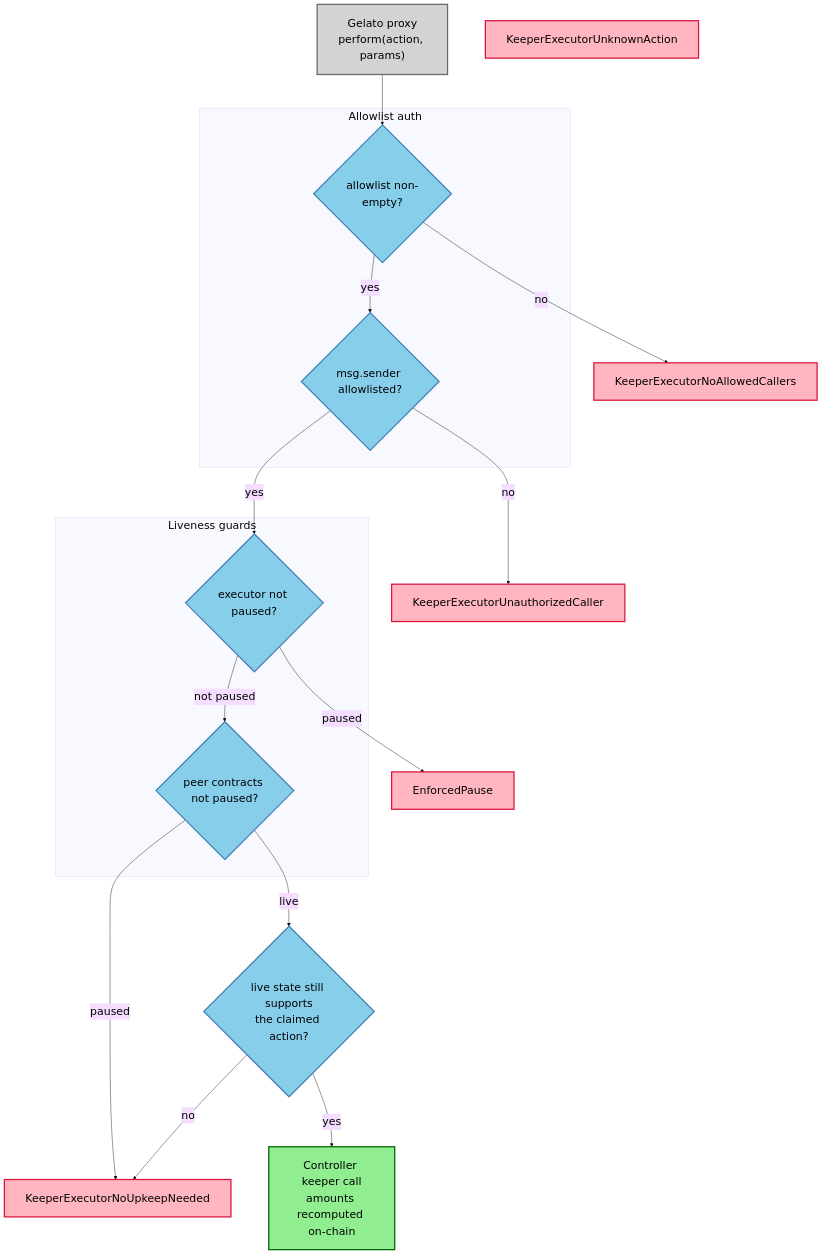
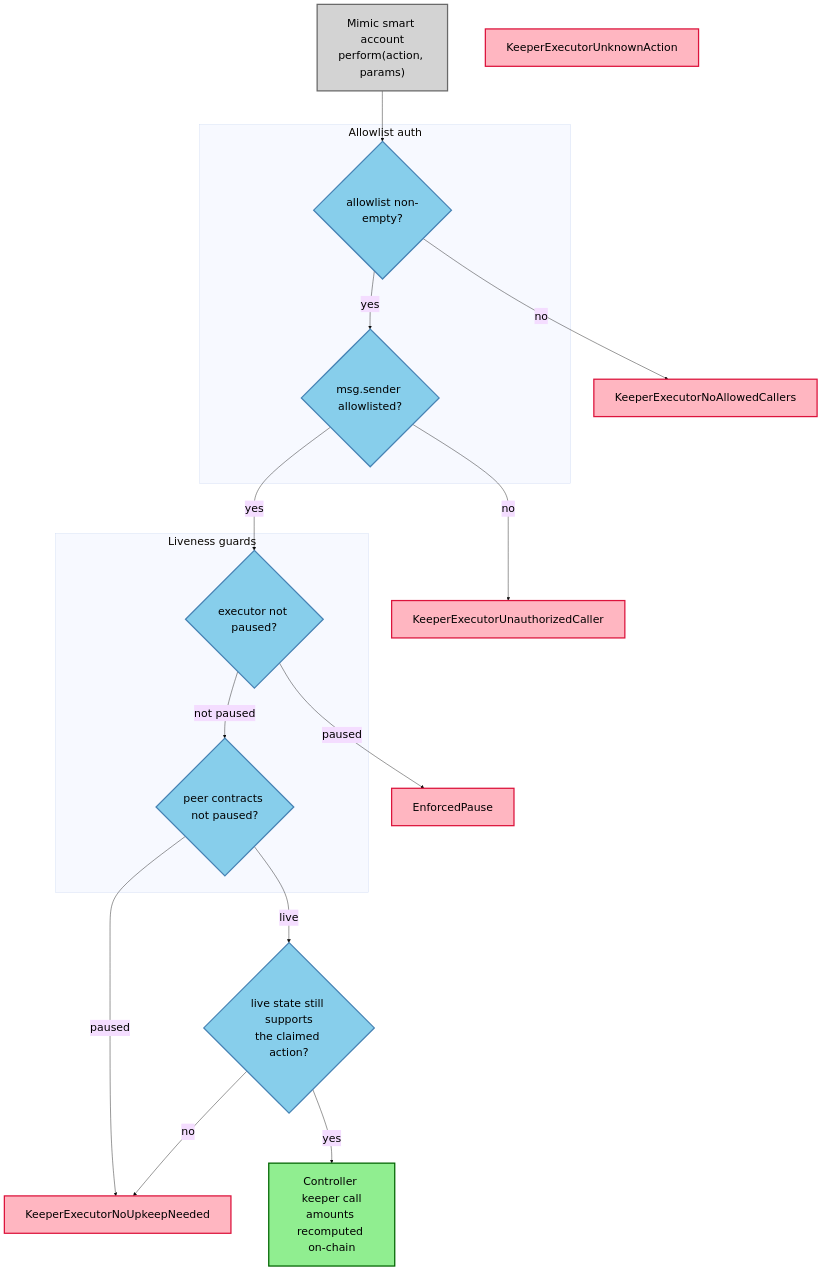
The third of 7 diagrams in mermaid/mermaid-smart-contracts.md (everstrat-xyz/contracts), drawn with Mermaid before and after one commit. The commit also changed other lines of this file and 18 other files, not shown here.

First line of the commit message:
Migrate keeper executors from Gelato to Mimic

````diff
--- a/mermaid/mermaid-smart-contracts.md
+++ b/mermaid/mermaid-smart-contracts.md
@@ -489,46 +489,46 @@
 ```mermaid
 %%{init: {'theme':'base', 'themeVariables': { 'fontSize': '26px', 'primaryTextColor': '#000000'}, 'flowchart': {'nodeSpacing': 90, 'rankSpacing': 80, 'padding': 25}}}%%
 graph TB
-    Exec["Gelato proxy<br/>perform(action, params)"]
+    Exec["Mimic smart account<br/>perform(action, params)"]
 
     subgraph Template["Allowlist auth"]
         G1{"allowlist non-empty?"}
         G2{"msg.sender allowlisted?"}
     end
 
     subgraph StateGuards["Liveness guards"]
         G3{"executor not paused?"}
         G4{"peer contracts not paused?"}
     end
 
     Revalidate{"live state still supports<br/>the claimed action?"}
     Execute["Controller keeper call<br/>amounts recomputed on-chain"]
 
     E1["KeeperExecutorNoAllowedCallers"]
     E2["KeeperExecutorUnauthorizedCaller"]
     E3["EnforcedPause"]
     E4["KeeperExecutorNoUpkeepNeeded"]
     E5["KeeperExecutorUnknownAction"]
 
     Exec --> G1
     G1 -->|no| E1
     G1 -->|yes| G2
     G2 -->|no| E2
     G2 -->|yes| G3
     G3 -->|paused| E3
     G3 -->|not paused| G4
     G4 -->|paused| E4
     G4 -->|live| Revalidate
     Revalidate -->|no| E4
     Revalidate -->|yes| Execute
 
     classDef entry fill:#D3D3D3,stroke:#696969,stroke-width:3px
     classDef guard fill:#87CEEB,stroke:#4682B4,stroke-width:3px
     classDef err fill:#FFB6C1,stroke:#DC143C,stroke-width:3px
     classDef ok fill:#90EE90,stroke:#006400,stroke-width:3px
 
     class Exec entry
     class G1,G2,G3,G4,Revalidate guard
     class E1,E2,E3,E4,E5 err
     class Execute ok
 ```
````
